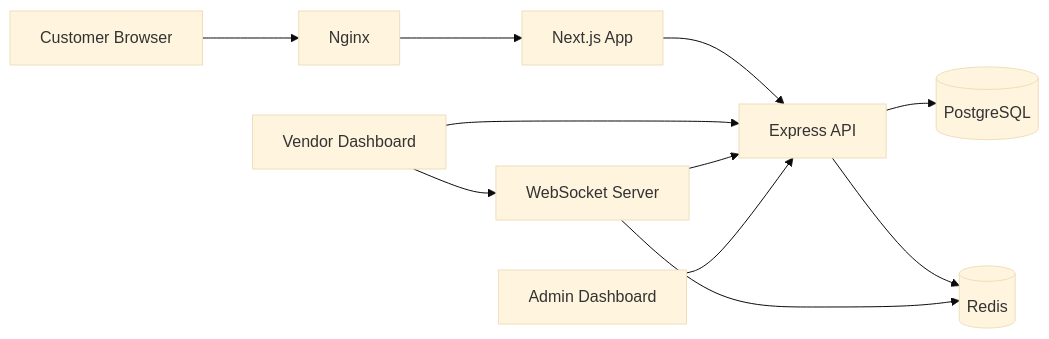
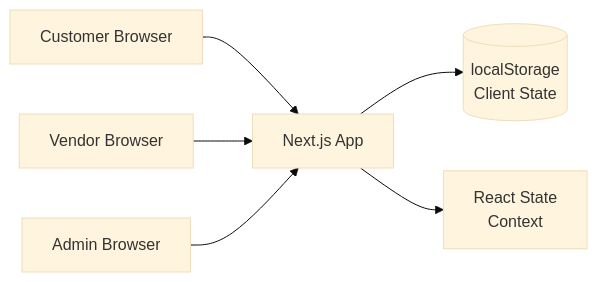
Before and after one commit to Prashant29062003/prashant_kumar_portfolio: the diagram in content/projects/food-ordering-platform/content.mdx, drawn with Mermaid (base theme). The commit also changed other lines of this file and 25 other files, not shown here.

````diff
--- a/content/projects/food-ordering-platform/content.mdx
+++ b/content/projects/food-ordering-platform/content.mdx
@@ -31,13 +35,8 @@
 ```mermaid
 flowchart LR
-    C[Customer Browser] --> N[Nginx]
-    N --> F[Next.js App]
-    F --> API[Express API]
-    API --> DB[(PostgreSQL)]
-    API --> R[(Redis)]
-    V[Vendor Dashboard] --> WS[WebSocket Server]
-    V --> API
-    WS --> R
-    WS --> API
-    A[Admin Dashboard] --> API
+    C[Customer Browser] --> F[Next.js App]
+    V[Vendor Browser] --> F
+    A[Admin Browser] --> F
+    F --> LS[(localStorage<br/>Client State)]
+    F --> State[React State<br/>Context]
 ```
````
